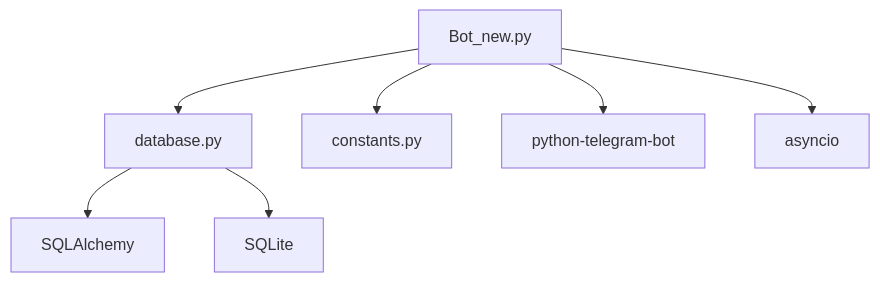
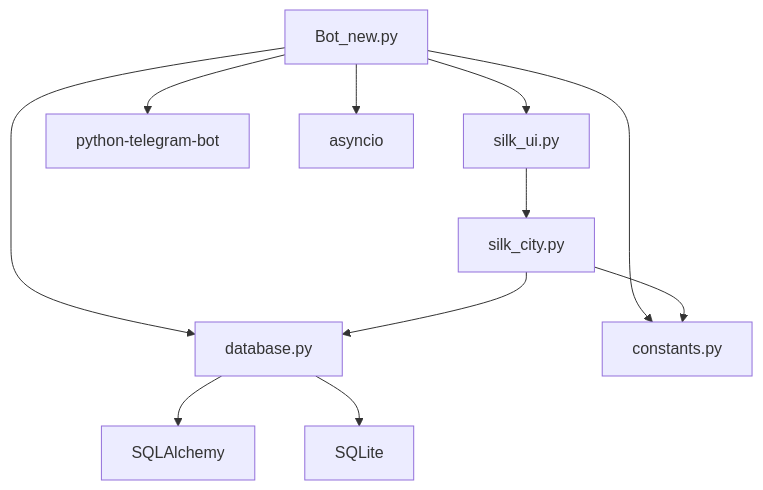
One commit to AntiLox12/RELOAD changed the fifth of 5 diagrams in .qoder/repowiki/en/content/Core System Architecture/Data Flow.md. Above: the diagram before and after it, drawn with Mermaid. The commit also changed other lines of this file and 18 other files, not shown here.

````diff
--- a/.qoder/repowiki/en/content/Core System Architecture/Data Flow.md
+++ b/.qoder/repowiki/en/content/Core System Architecture/Data Flow.md
@@ -134,9 +228,13 @@
 ```mermaid
 graph TD
 A[Bot_new.py] --> B[database.py]
 A --> C[constants.py]
-B --> D[SQLAlchemy]
-B --> E[SQLite]
-A --> F[python-telegram-bot]
-A --> G[asyncio]
+A --> D[silk_ui.py]
+D --> E[silk_city.py]
+E --> B
+E --> C
+B --> F[SQLAlchemy]
+B --> G[SQLite]
+A --> H[python-telegram-bot]
+A --> I[asyncio]
 ```
````
